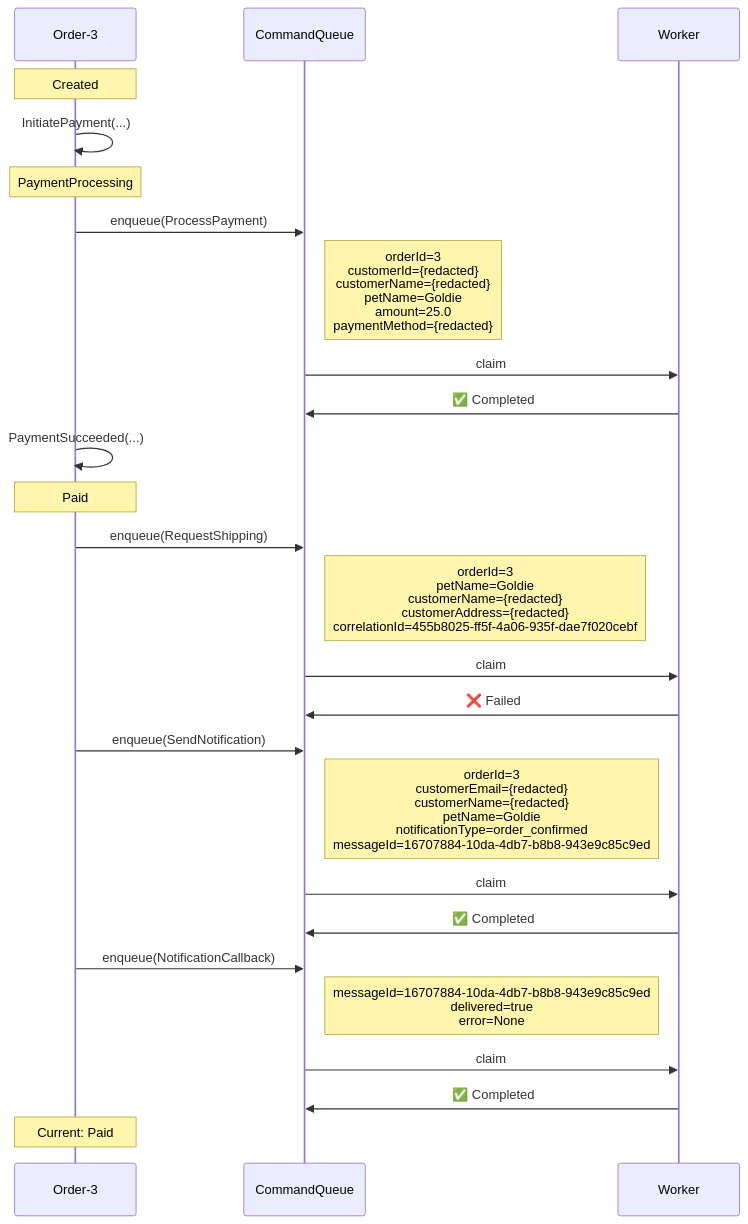
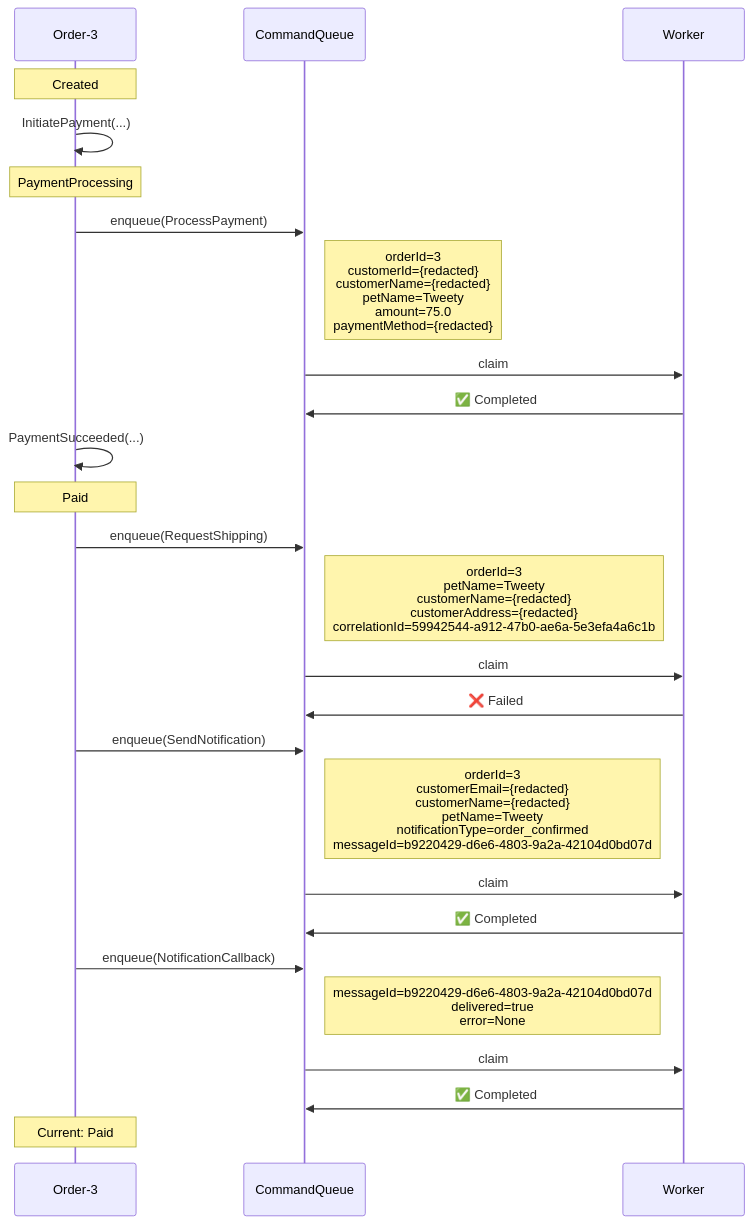
One commit to Iterable/mechanoid changed the first of 3 diagrams in docs/visualizations/order-3-trace.md. Above: the diagram before and after it, drawn with Mermaid. The commit also changed 23 other files, not shown here.

````diff
--- a/docs/visualizations/order-3-trace.md
+++ b/docs/visualizations/order-3-trace.md
@@ -12,30 +12,30 @@
 ```mermaid
 %%{init: {'themeCSS': '.noteText { text-align: left !important; }'}}%%
 sequenceDiagram
     participant FSM as Order-3
     participant CQ as CommandQueue
     participant W as Worker
 
     Note over FSM: Created
     FSM->>FSM: InitiatePayment(...)
     Note over FSM: PaymentProcessing
     FSM->>CQ: enqueue(ProcessPayment)
-    Note right of CQ: orderId=3<br/>customerId={redacted}<br/>customerName={redacted}<br/>petName=Goldie<br/>amount=25.0<br/>paymentMethod={redacted}
+    Note right of CQ: orderId=3<br/>customerId={redacted}<br/>customerName={redacted}<br/>petName=Tweety<br/>amount=75.0<br/>paymentMethod={redacted}
     CQ->>W: claim
     W->>CQ: ✅ Completed
     FSM->>FSM: PaymentSucceeded(...)
     Note over FSM: Paid
     FSM->>CQ: enqueue(RequestShipping)
-    Note right of CQ: orderId=3<br/>petName=Goldie<br/>customerName={redacted}<br/>customerAddress={redacted}<br/>correlationId=455b8025-ff5f-4a06-935f-dae7f020cebf
+    Note right of CQ: orderId=3<br/>petName=Tweety<br/>customerName={redacted}<br/>customerAddress={redacted}<br/>correlationId=59942544-a912-47b0-ae6a-5e3efa4a6c1b
     CQ->>W: claim
     W->>CQ: ❌ Failed
     FSM->>CQ: enqueue(SendNotification)
-    Note right of CQ: orderId=3<br/>customerEmail={redacted}<br/>customerName={redacted}<br/>petName=Goldie<br/>notificationType=order_confirmed<br/>messageId=16707884-10da-4db7-b8b8-943e9c85c9ed
+    Note right of CQ: orderId=3<br/>customerEmail={redacted}<br/>customerName={redacted}<br/>petName=Tweety<br/>notificationType=order_confirmed<br/>messageId=b9220429-d6e6-4803-9a2a-42104d0bd07d
     CQ->>W: claim
     W->>CQ: ✅ Completed
     FSM->>CQ: enqueue(NotificationCallback)
-    Note right of CQ: messageId=16707884-10da-4db7-b8b8-943e9c85c9ed<br/>delivered=true<br/>error=None
+    Note right of CQ: messageId=b9220429-d6e6-4803-9a2a-42104d0bd07d<br/>delivered=true<br/>error=None
     CQ->>W: claim
     W->>CQ: ✅ Completed
     Note over FSM: Current: Paid
 ```
````
